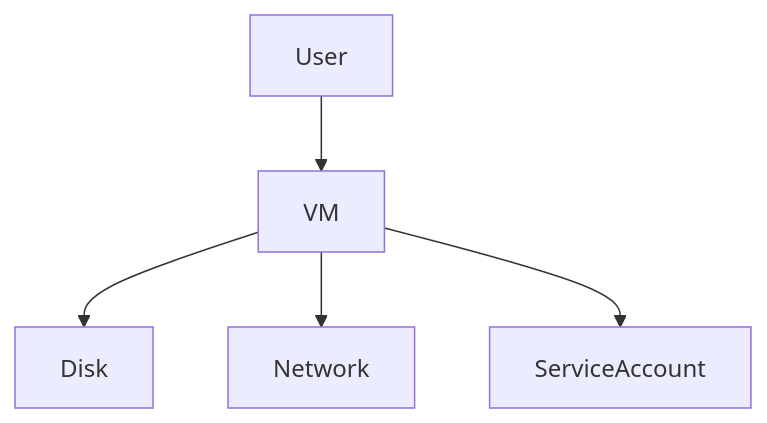
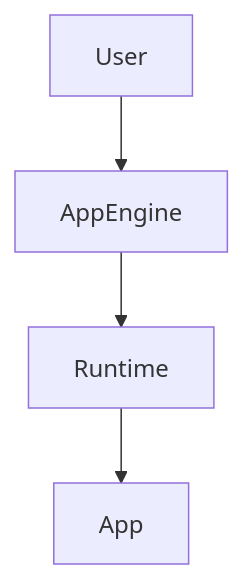
Before and after one commit to conti0513/development_public: the tenth of 11 diagrams in 06_LAB/01_GCP_ACE_HACK/sessions_ver262/03_compute-engine.md, drawn with Mermaid. The commit also changed other lines of this file and 22 other files, not shown here.

````diff
--- a/06_LAB/01_GCP_ACE_HACK/sessions_ver262/03_compute-engine.md
+++ b/06_LAB/01_GCP_ACE_HACK/sessions_ver262/03_compute-engine.md
@@ -475,7 +396,6 @@
 ```mermaid
 graph TD
-User --> VM
-VM --> Disk
-VM --> Network
-VM --> ServiceAccount
+User --> AppEngine
+AppEngine --> Runtime
+Runtime --> App
 ```
````
